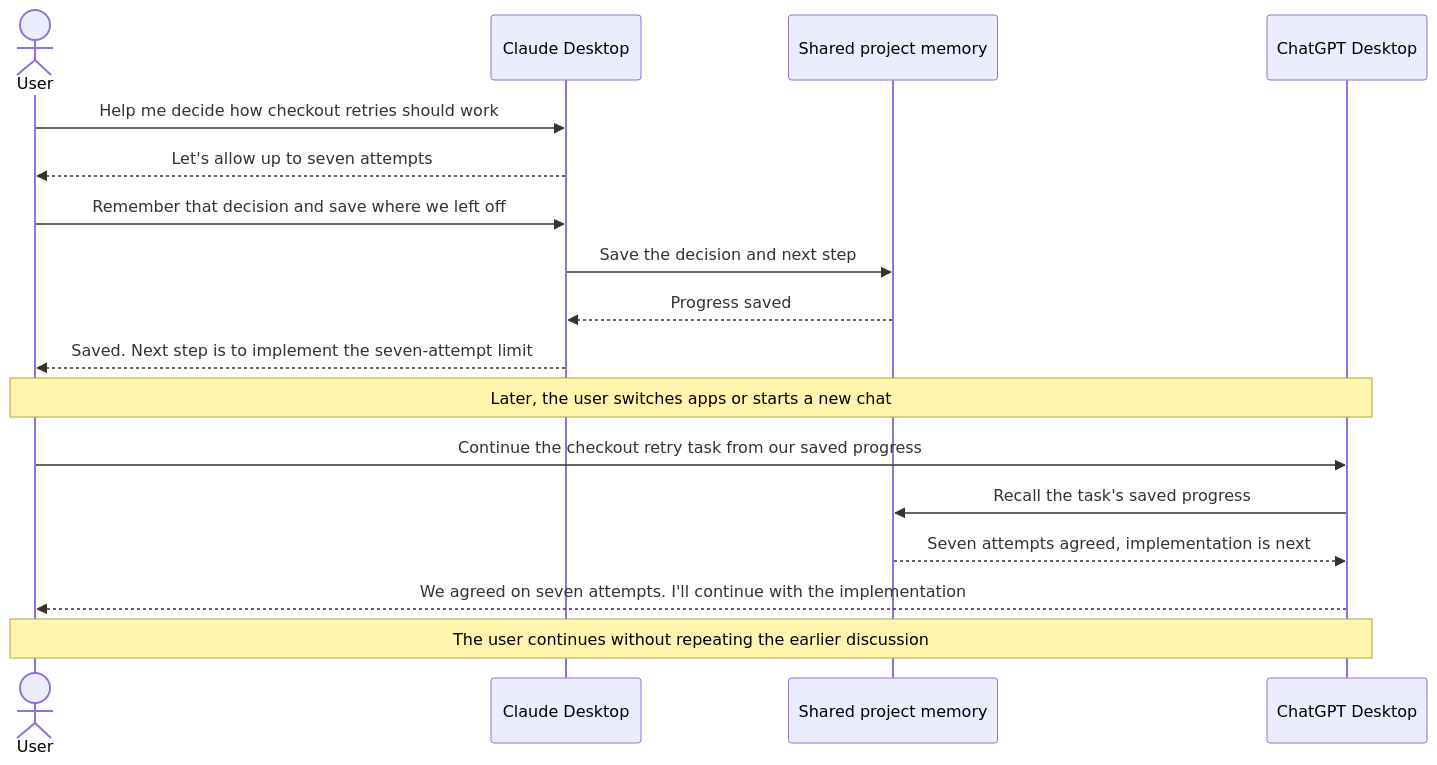
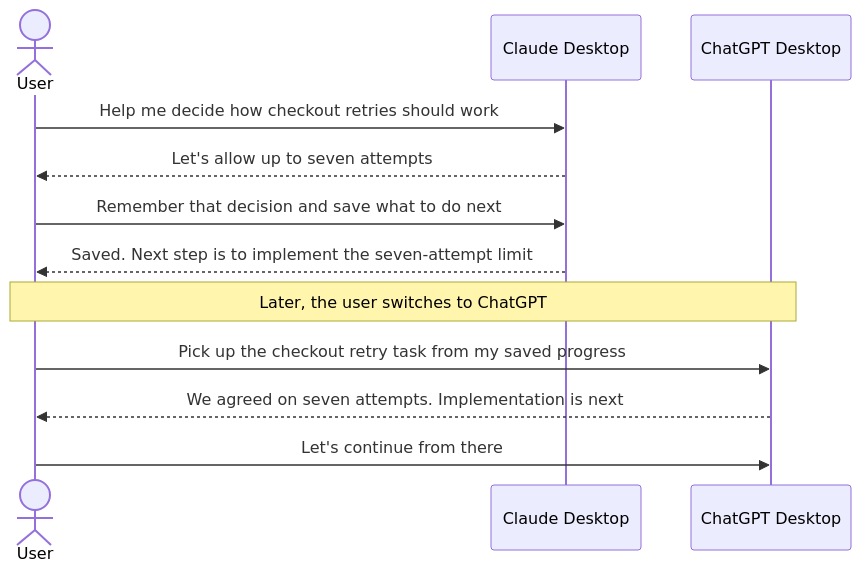
Before and after one commit to alberttwong/Redis-Agent-Memory-for-Claude-and-ChatGPT: the diagram in README.md, drawn with Mermaid. The commit also changed other lines of this file and 1 other file, not shown here.

Commit message:
docs: explain use cases from the end-user perspective

````diff
--- a/README.md
+++ b/README.md
@@ -60,20 +72,15 @@
 ```mermaid
 sequenceDiagram
     actor User
     participant Claude as Claude Desktop
-    participant Memory as Shared project memory
     participant ChatGPT as ChatGPT Desktop
 
     User->>Claude: Help me decide how checkout retries should work
     Claude-->>User: Let's allow up to seven attempts
-    User->>Claude: Remember that decision and save where we left off
-    Claude->>Memory: Save the decision and next step
-    Memory-->>Claude: Progress saved
+    User->>Claude: Remember that decision and save what to do next
     Claude-->>User: Saved. Next step is to implement the seven-attempt limit
-    Note over User,ChatGPT: Later, the user switches apps or starts a new chat
-    User->>ChatGPT: Continue the checkout retry task from our saved progress
-    ChatGPT->>Memory: Recall the task's saved progress
-    Memory-->>ChatGPT: Seven attempts agreed, implementation is next
-    ChatGPT-->>User: We agreed on seven attempts. I'll continue with the implementation
-    Note over User,ChatGPT: The user continues without repeating the earlier discussion
+    Note over User,ChatGPT: Later, the user switches to ChatGPT
+    User->>ChatGPT: Pick up the checkout retry task from my saved progress
+    ChatGPT-->>User: We agreed on seven attempts. Implementation is next
+    User->>ChatGPT: Let's continue from there
 ```
````
